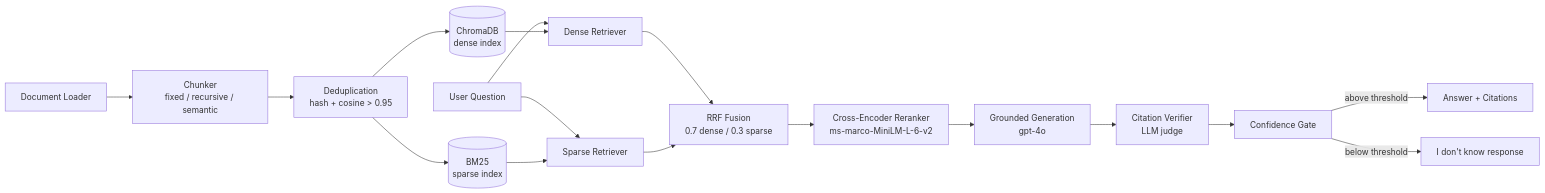
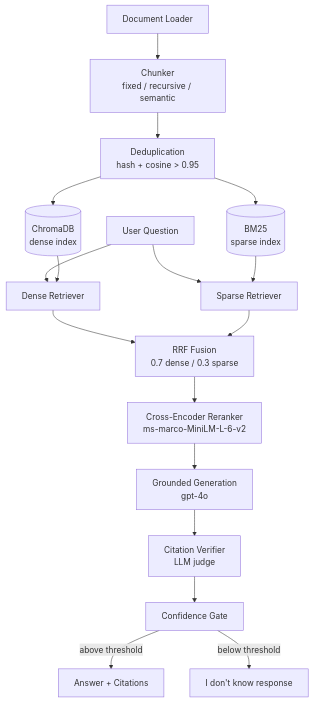
One commit to mohammadyakub-ai/rag-pipeline-hybrid-search changed the diagram in README.md. Above: the diagram before and after it, drawn with Mermaid.

````diff
--- a/README.md
+++ b/README.md
@@ -59,20 +59,20 @@
 ```mermaid
-flowchart LR
+flowchart TD
     A[Document Loader] --> B[Chunker<br/>fixed / recursive / semantic]
     B --> C[Deduplication<br/>hash + cosine > 0.95]
     C --> D[(ChromaDB<br/>dense index)]
     C --> E[(BM25<br/>sparse index)]
 
     Q[User Question] --> F[Dense Retriever]
     Q --> G[Sparse Retriever]
     D --> F
     E --> G
     F --> H[RRF Fusion<br/>0.7 dense / 0.3 sparse]
     G --> H
     H --> I[Cross-Encoder Reranker<br/>ms-marco-MiniLM-L-6-v2]
     I --> J[Grounded Generation<br/>gpt-4o]
     J --> K[Citation Verifier<br/>LLM judge]
     K --> L[Confidence Gate]
     L -->|above threshold| M[Answer + Citations]
     L -->|below threshold| N["I don't know" response]
 ```
````
